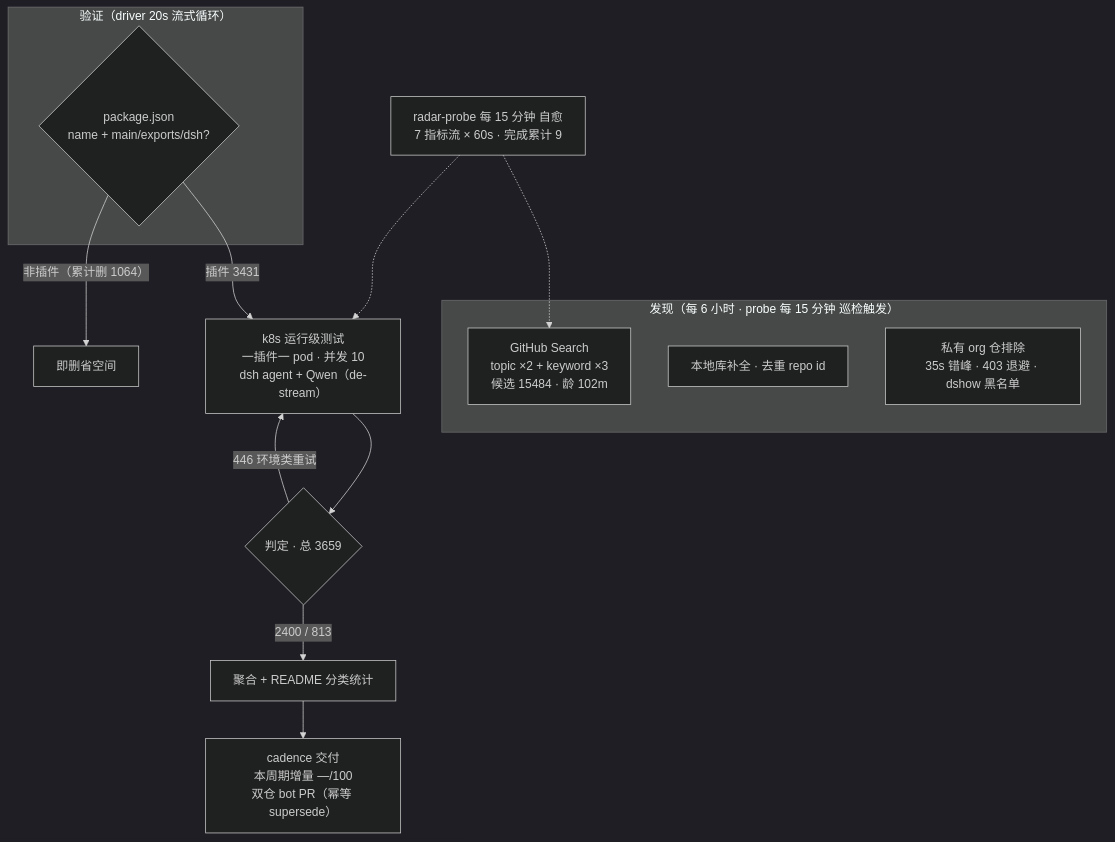
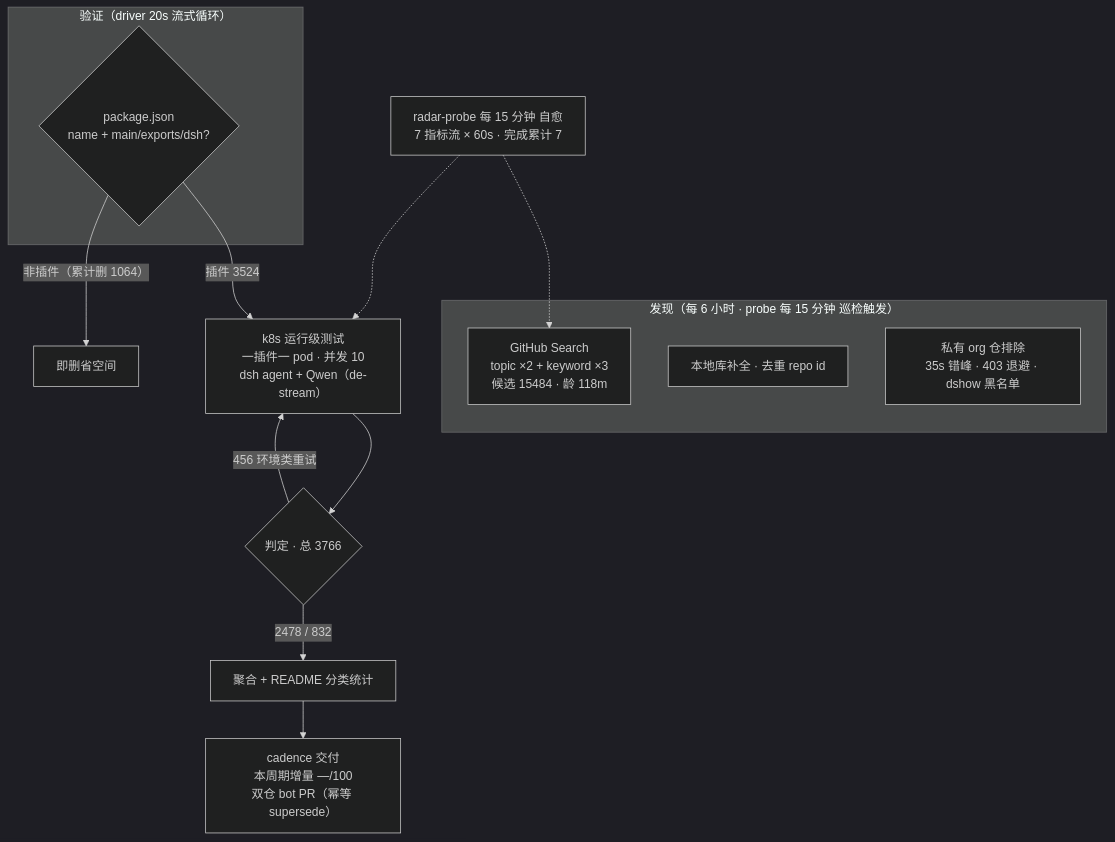
Before and after one commit to Zhidao-Lab-OSS/awesome-dsh-plugins: the diagram in README.md, drawn with Mermaid (dark theme). The commit also changed other lines of this file and 1 other file, not shown here.

````diff
--- a/README.md
+++ b/README.md
@@ -37,20 +37,20 @@
 ```mermaid
 flowchart TB
     subgraph Discovery["发现（每 6 小时 · probe 每 15 分钟 巡检触发）"]
-        A1["GitHub Search<br/>topic ×2 + keyword ×3<br/>候选 15484 · 龄 102m"]
+        A1["GitHub Search<br/>topic ×2 + keyword ×3<br/>候选 15484 · 龄 118m"]
         A2["本地库补全 · 去重 repo id"]
         A3["私有 org 仓排除<br/>35s 错峰 · 403 退避 · dshow 黑名单"]
     end
     subgraph Validation["验证（driver 20s 流式循环）"]
         B1{"package.json<br/>name + main/exports/dsh?"}
     end
-    B1 -->|"插件 3431"| C1["k8s 运行级测试<br/>一插件一 pod · 并发 10<br/>dsh agent + Qwen（de-stream）"]
+    B1 -->|"插件 3524"| C1["k8s 运行级测试<br/>一插件一 pod · 并发 10<br/>dsh agent + Qwen（de-stream）"]
     B1 -->|"非插件（累计删 1064）"| B3["即删省空间"]
-    C1 --> D1{"判定 · 总 3659"}
-    D1 -->|"2400 / 813"| E1["聚合 + README 分类统计"]
-    D1 -->|"446 环境类重试"| C1
+    C1 --> D1{"判定 · 总 3766"}
+    D1 -->|"2478 / 832"| E1["聚合 + README 分类统计"]
+    D1 -->|"456 环境类重试"| C1
     E1 --> E2["cadence 交付<br/>本周期增量 —/100<br/>双仓 bot PR（幂等 supersede）"]
-    M["radar-probe 每 15 分钟 自愈<br/>7 指标流 × 60s · 完成累计 9"]
+    M["radar-probe 每 15 分钟 自愈<br/>7 指标流 × 60s · 完成累计 7"]
     M -.-> A1
     M -.-> C1
 ```
````
